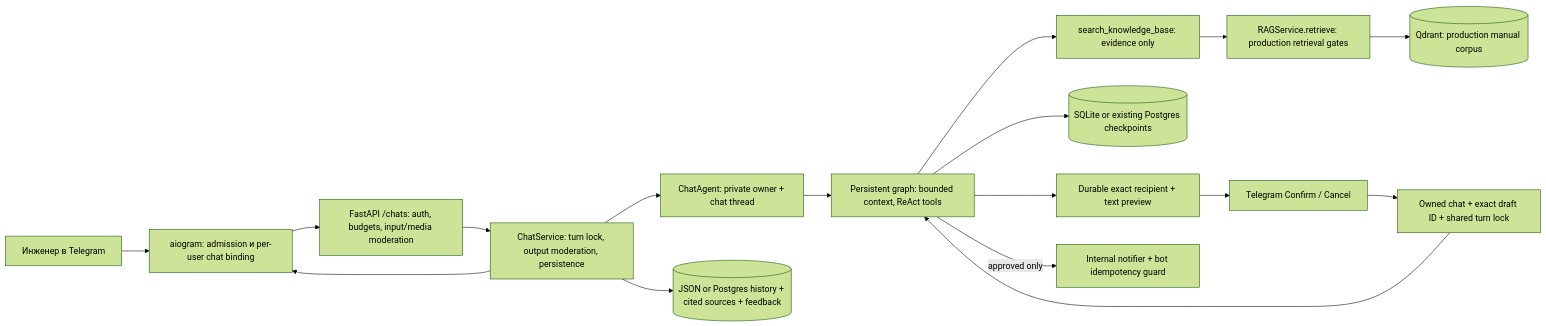
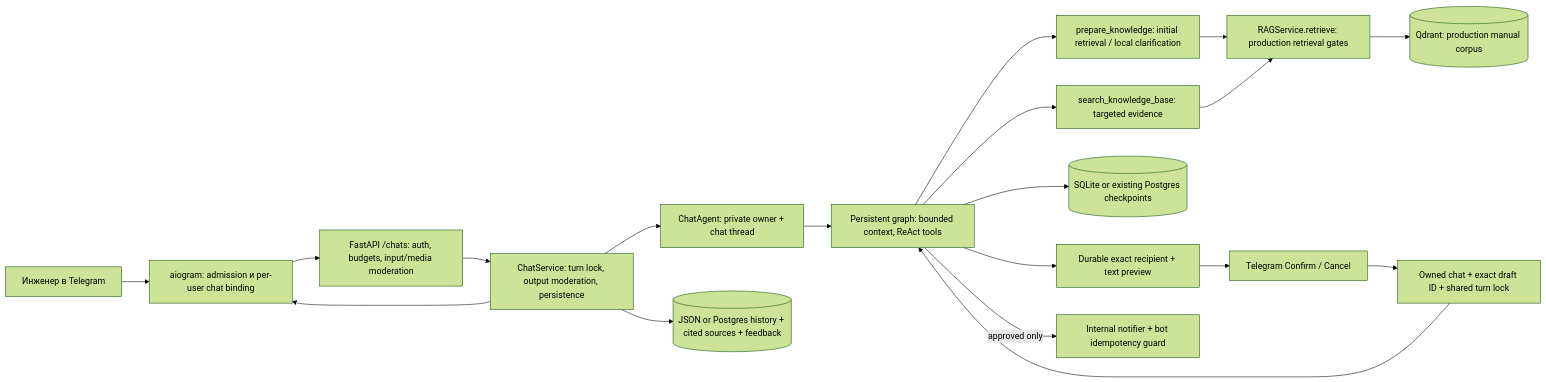
Before and after one commit to skoroko/Support_Copilot: the first of 2 diagrams in docs/architecture.md, drawn with Mermaid (forest theme). The commit also changed other lines of this file and 71 other files, not shown here.

````diff
--- a/docs/architecture.md
+++ b/docs/architecture.md
@@ -26,19 +28,21 @@
 ```mermaid
 flowchart LR
     User[Инженер в Telegram] --> Bot[aiogram: admission и per-user chat binding]
     Bot --> Chat[FastAPI /chats: auth, budgets, input/media moderation]
     Chat --> Service[ChatService: turn lock, output moderation, persistence]
     Service --> Adapter[ChatAgent: private owner + chat thread]
     Adapter --> Graph[Persistent graph: bounded context, ReAct tools]
-    Graph --> Search[search_knowledge_base: evidence only]
+    Graph --> Prepare[prepare_knowledge: initial retrieval / local clarification]
+    Prepare --> RAG
+    Graph --> Search[search_knowledge_base: targeted evidence]
     Search --> RAG[RAGService.retrieve: production retrieval gates]
     RAG --> Manuals[(Qdrant: production manual corpus)]
     Graph --> Saver[(SQLite or existing Postgres checkpoints)]
     Graph --> Preview[Durable exact recipient + text preview]
     Preview --> Buttons[Telegram Confirm / Cancel]
     Buttons --> Approval[Owned chat + exact draft ID + shared turn lock]
     Approval --> Graph
     Graph -->|approved only| Notifier[Internal notifier + bot idempotency guard]
     Service --> History[(JSON or Postgres history + cited sources + feedback)]
     Service --> Bot
 ```
````
